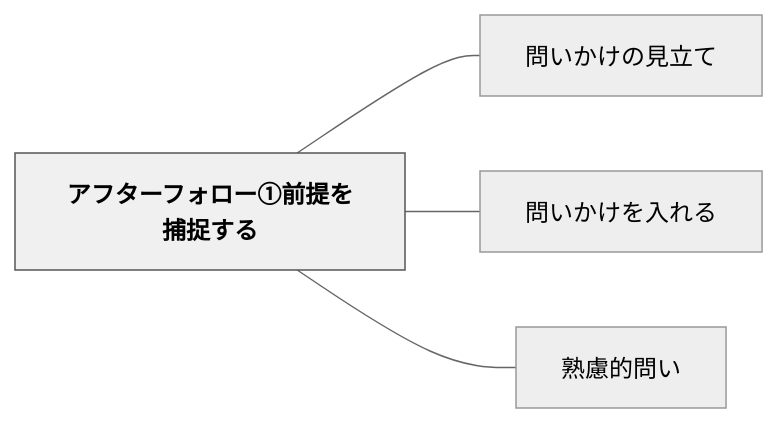
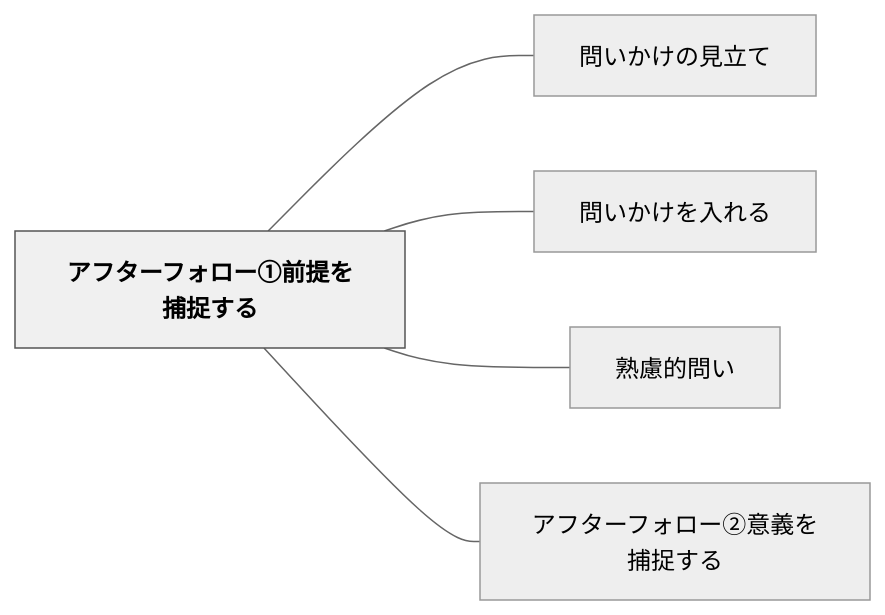
One commit to unknownthings-ed-patterns/unknownthings-ed-patterns changed the diagram in content/パタン/アフターフォロー①前提を捕捉する.md. Above: the diagram before and after it, drawn with Mermaid (neutral theme). The commit also changed other lines of this file and 14 other files, not shown here.

````diff
--- a/content/パタン/アフターフォロー①前提を捕捉する.md
+++ b/content/パタン/アフターフォロー①前提を捕捉する.md
@@ -40,14 +41,16 @@
 ```mermaid
 flowchart LR
     ne382a2e38395e382bfe383bce38395e382a9e383ade383bce291a0e5898de68f90e38292e68d95e68d89e38199e3828b["アフターフォロー①前提を捕捉する"]
     ne5958fe38184e3818be38191e381aee8a68be7ab8be381a6["問いかけの見立て"]
     ne5958fe38184e3818be38191e38292e585a5e3828ce3828b["問いかけを入れる"]
     ne7869fe685aee79a84e5958fe38184["熟慮的問い"]
+    ne382a2e38395e382bfe383bce38395e382a9e383ade383bce291a1e6848fe7bea9e38292e68d95e68d89e38199e3828b["アフターフォロー②意義を捕捉する"]
 
     ne382a2e38395e382bfe383bce38395e382a9e383ade383bce291a0e5898de68f90e38292e68d95e68d89e38199e3828b --- ne5958fe38184e3818be38191e381aee8a68be7ab8be381a6
     ne382a2e38395e382bfe383bce38395e382a9e383ade383bce291a0e5898de68f90e38292e68d95e68d89e38199e3828b --- ne5958fe38184e3818be38191e38292e585a5e3828ce3828b
     ne382a2e38395e382bfe383bce38395e382a9e383ade383bce291a0e5898de68f90e38292e68d95e68d89e38199e3828b --- ne7869fe685aee79a84e5958fe38184
+    ne382a2e38395e382bfe383bce38395e382a9e383ade383bce291a0e5898de68f90e38292e68d95e68d89e38199e3828b --- ne382a2e38395e382bfe383bce38395e382a9e383ade383bce291a1e6848fe7bea9e38292e68d95e68d89e38199e3828b
 
     classDef hub fill:#f0f0f0,stroke:#555,color:#000,font-weight:bold
     class ne382a2e38395e382bfe383bce38395e382a9e383ade383bce291a0e5898de68f90e38292e68d95e68d89e38199e3828b hub
 ```
````
